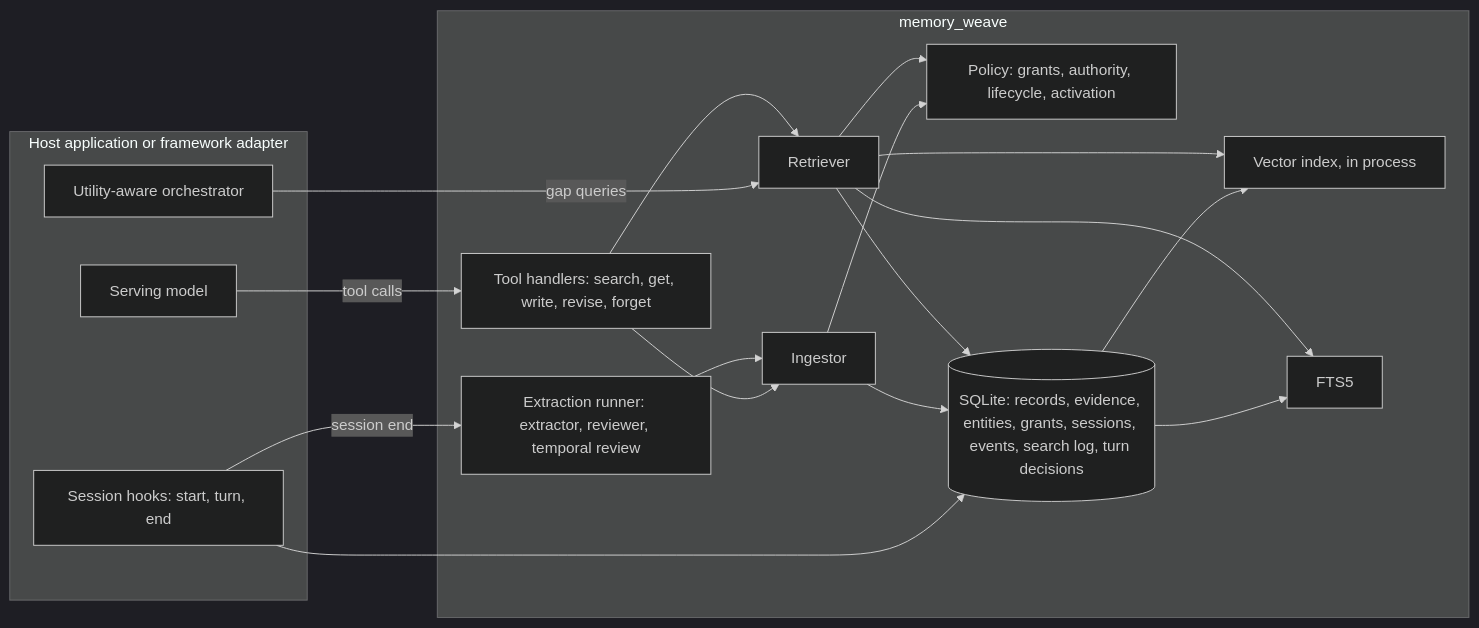
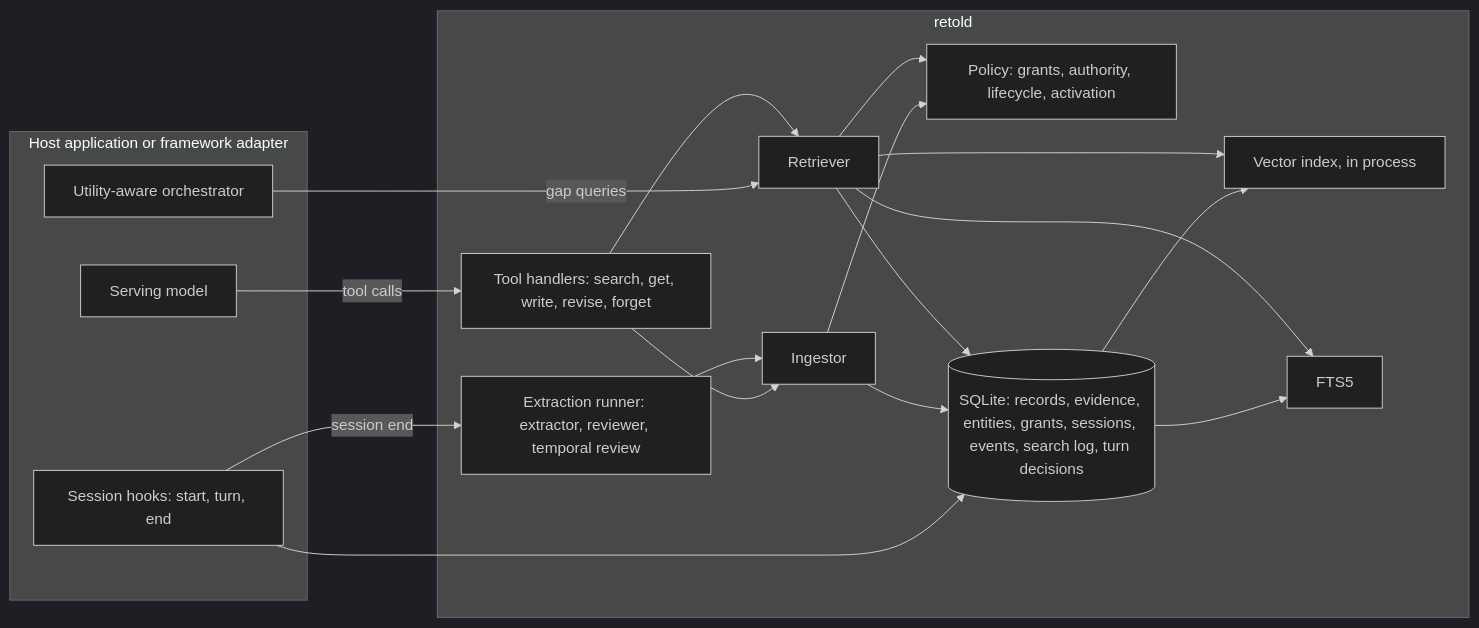
The diagram in README.md (adimyth/memory-weave), drawn with Mermaid (dark theme) before and after one commit. The commit also changed other lines of this file and 173 other files, not shown here.

First line of the commit message:
refactor!: rename the project from Memory Weave to Retold

````diff
--- a/README.md
+++ b/README.md
@@ -21,35 +21,35 @@
 ```mermaid
 flowchart LR
     subgraph Host["Host application or framework adapter"]
         Agent[Serving model]
         Hooks[Session hooks: start, turn, end]
         UA[Utility-aware orchestrator]
     end
 
-    subgraph Core["memory_weave"]
+    subgraph Core["retold"]
         Tools[Tool handlers: search, get, write, revise, forget]
         Policy[Policy: grants, authority, lifecycle, activation]
         Ingestor[Ingestor]
         Retriever[Retriever]
         Extraction[Extraction runner: extractor, reviewer, temporal review]
         Store[(SQLite: records, evidence, entities, grants, sessions, events, search log, turn decisions)]
         Vec[Vector index, in process]
         FTS[FTS5]
     end
 
     Agent -- tool calls --> Tools
     Hooks --> Store
     Hooks -- session end --> Extraction
     UA -- gap queries --> Retriever
     Tools --> Ingestor
     Tools --> Retriever
     Ingestor --> Policy
     Retriever --> Policy
     Ingestor --> Store
     Extraction --> Ingestor
     Store --> Vec
     Store --> FTS
     Retriever --> Vec
     Retriever --> FTS
     Retriever --> Store
 ```
````
